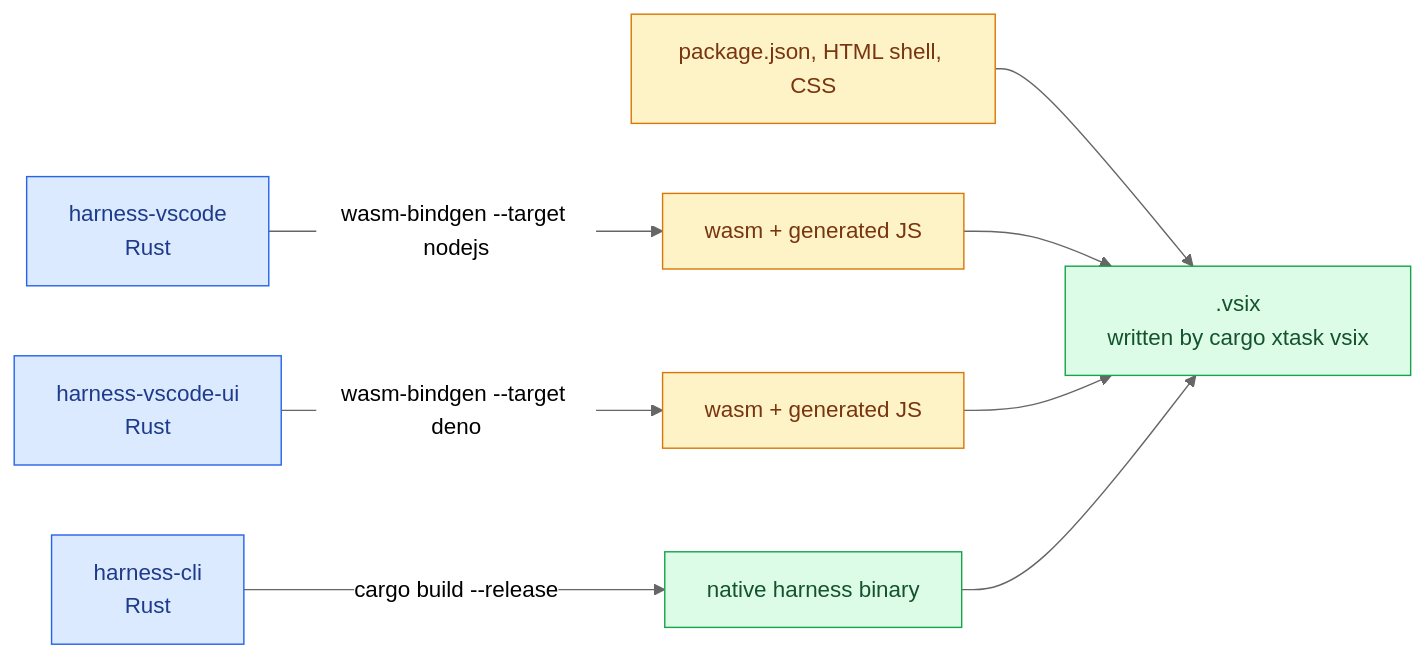
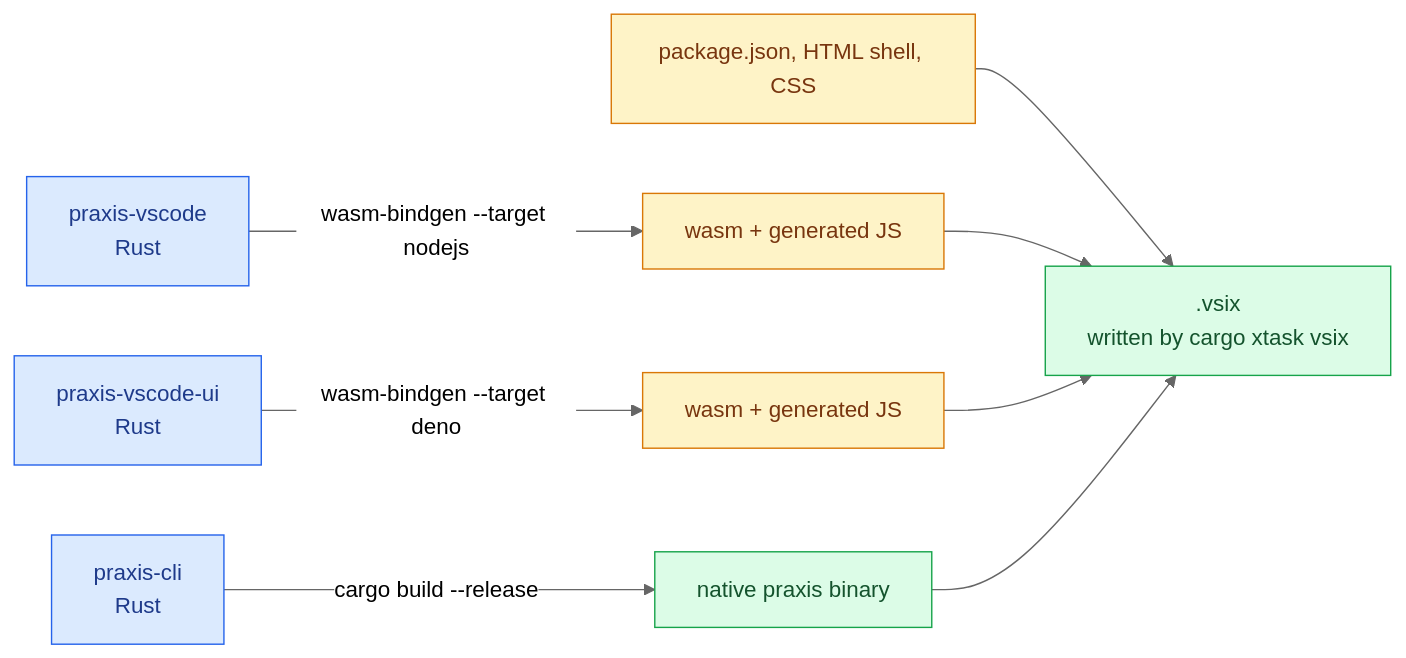
Before and after one commit to fzzinchemical/Praxis: the diagram in docs/adr/0001-rust-only-with-minimal-vscode-glue.md, drawn with Mermaid (neutral theme). The commit also changed other lines of this file and 318 other files, not shown here.

First line of the commit message:
refactor!: rename harness to praxis

````diff
--- a/docs/adr/0001-rust-only-with-minimal-vscode-glue.md
+++ b/docs/adr/0001-rust-only-with-minimal-vscode-glue.md
@@ -20,17 +20,17 @@
 ```mermaid
 flowchart LR
-    ext["harness-vscode<br/>Rust"] -->|"wasm-bindgen --target nodejs"| extout["wasm + generated JS"]
-    ui["harness-vscode-ui<br/>Rust"] -->|"wasm-bindgen --target deno"| uiout["wasm + generated JS"]
-    cli["harness-cli<br/>Rust"] -->|"cargo build --release"| bin["native harness binary"]
+    ext["praxis-vscode<br/>Rust"] -->|"wasm-bindgen --target nodejs"| extout["wasm + generated JS"]
+    ui["praxis-vscode-ui<br/>Rust"] -->|"wasm-bindgen --target deno"| uiout["wasm + generated JS"]
+    cli["praxis-cli<br/>Rust"] -->|"cargo build --release"| bin["native praxis binary"]
     manifest["package.json, HTML shell, CSS"] --> vsix
     extout --> vsix[".vsix<br/>written by cargo xtask vsix"]
     uiout --> vsix
     bin --> vsix
 
     classDef rust fill:#dbeafe,stroke:#2563eb,color:#1e3a8a
     classDef glue fill:#fef3c7,stroke:#d97706,color:#78350f
     classDef output fill:#dcfce7,stroke:#16a34a,color:#14532d
     class ext,ui,cli rust
     class manifest,extout,uiout glue
     class bin,vsix output
 ```
````
